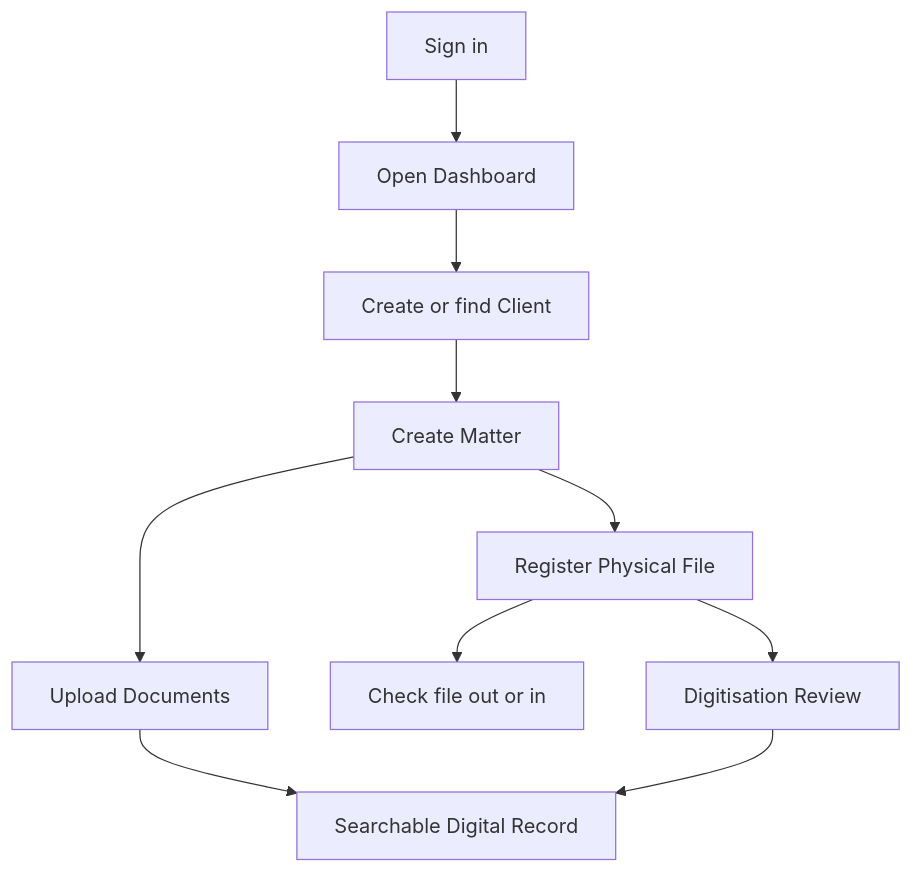
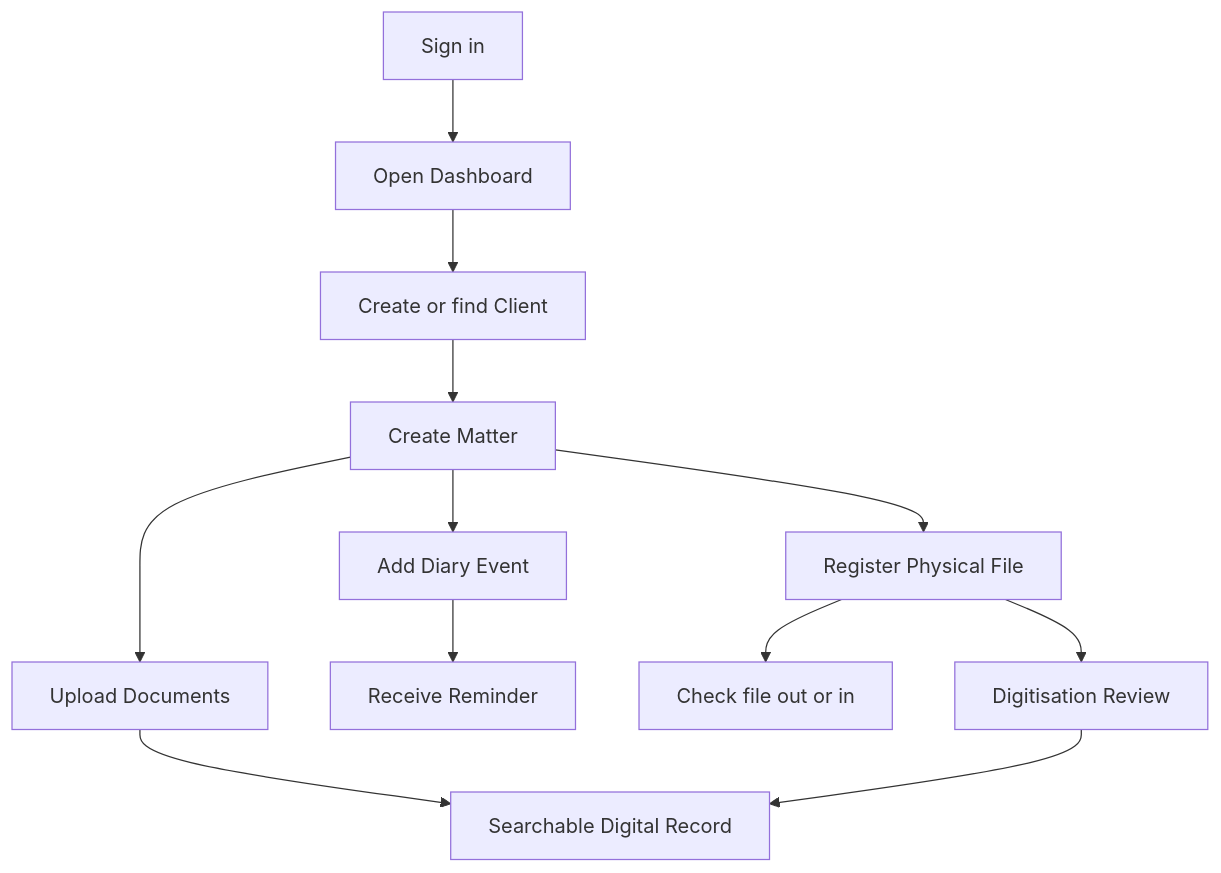
The first of 10 diagrams in docs/end-user-manual.md (BarasaK/wakilidesk), drawn with Mermaid before and after one commit. The commit also changed other lines of this file and 35 other files, not shown here.

````diff
--- a/docs/end-user-manual.md
+++ b/docs/end-user-manual.md
@@ -38,12 +40,14 @@
 ```mermaid
 flowchart TD
     A[Sign in] --> B[Open Dashboard]
     B --> C[Create or find Client]
     C --> D[Create Matter]
     D --> E[Upload Documents]
     D --> F[Register Physical File]
+    D --> J[Add Diary Event]
+    J --> K[Receive Reminder]
     F --> G[Check file out or in]
     F --> H[Digitisation Review]
     E --> I[Searchable Digital Record]
     H --> I
 ```
````
